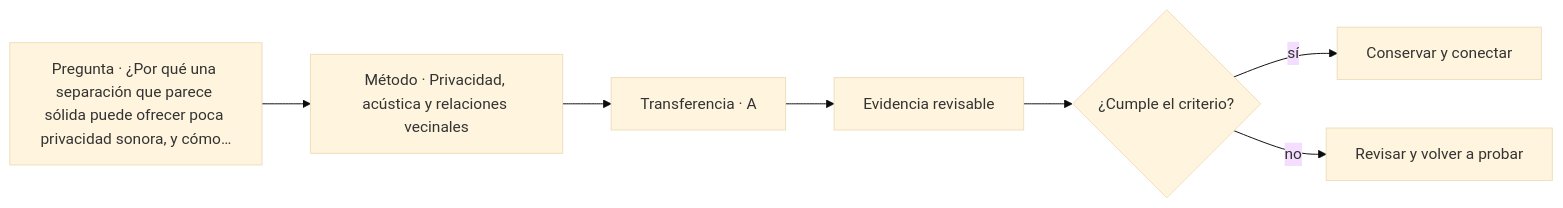
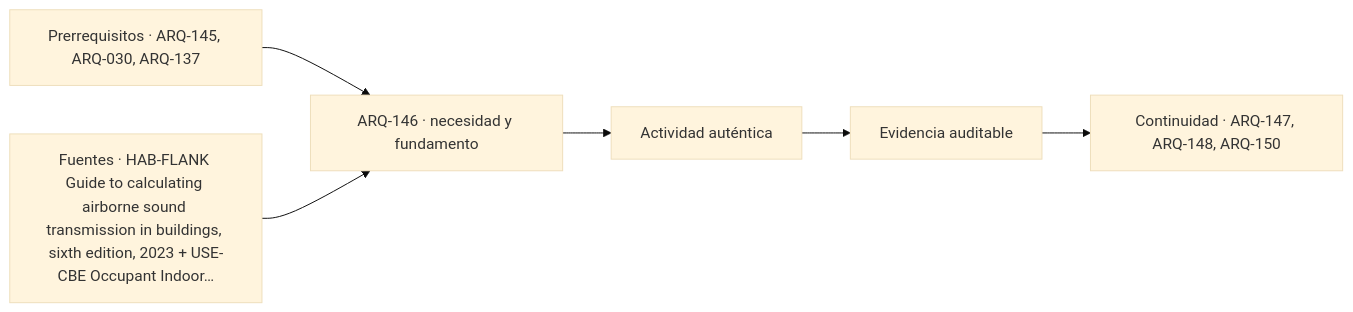
The diagram in classes/parte-15/ARQ-146.md (vladimiracunadev-create/architecture-built-environment-learning-program), drawn with Mermaid (base theme) before and after one commit. The commit also changed other lines of this file and 761 other files, not shown here.

````diff
--- a/classes/parte-15/ARQ-146.md
+++ b/classes/parte-15/ARQ-146.md
@@ -108,9 +120,8 @@
 ```mermaid
 flowchart LR
-    Q["Pregunta · ¿Por qué una separación que parece sólida puede ofrecer poca privacidad sonora, y cómo…"] --> M["Método · Privacidad, acústica y relaciones vecinales"]
-    M --> P["Transferencia · A"]
-    P --> E["Evidencia revisable"]
-    E --> C{"¿Cumple el criterio?"}
-    C -->|sí| T["Conservar y conectar"]
-    C -->|no| R["Revisar y volver a probar"]
+    A["Prerrequisitos · ARQ-145, ARQ-030, ARQ-137"] --> B["ARQ-146 · necesidad y fundamento"]
+    S["Fuentes · HAB-FLANK Guide to calculating airborne sound transmission in buildings, sixth edition, 2023 + USE-CBE Occupant Indoor…"] --> B
+    B --> C["Actividad auténtica"]
+    C --> D["Evidencia auditable"]
+    D --> E["Continuidad · ARQ-147, ARQ-148, ARQ-150"]
 ```
````
